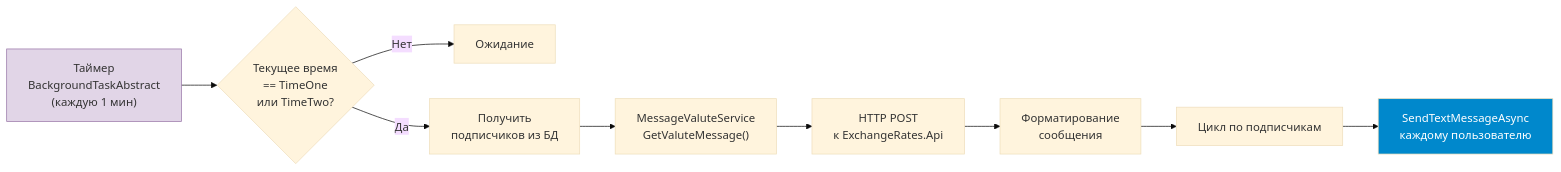
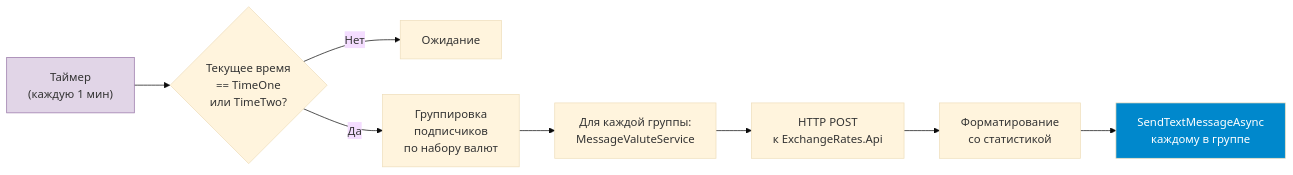
Before and after one commit to Jenausmax/ExchangeRates.Api: diagram 13 of 20 in doc/architecture.md, drawn with Mermaid (base theme). The commit also changed other lines of this file and 2 other files, not shown here.

````diff
--- a/doc/architecture.md
+++ b/doc/architecture.md
@@ -480,14 +673,13 @@
 ```mermaid
 flowchart LR
-    A["Таймер<br/>BackgroundTaskAbstract<br/>(каждую 1 мин)"] --> B{"Текущее время<br/>== TimeOne<br/>или TimeTwo?"}
+    A["Таймер<br/>(каждую 1 мин)"] --> B{"Текущее время<br/>== TimeOne<br/>или TimeTwo?"}
     B -->|"Нет"| C["Ожидание"]
-    B -->|"Да"| D["Получить<br/>подписчиков из БД"]
-    D --> E["MessageValuteService<br/>GetValuteMessage()"]
+    B -->|"Да"| D["Группировка<br/>подписчиков<br/>по набору валют"]
+    D --> E["Для каждой группы:<br/>MessageValuteService"]
     E --> F["HTTP POST<br/>к ExchangeRates.Api"]
-    F --> G["Форматирование<br/>сообщения"]
-    G --> H["Цикл по подписчикам"]
-    H --> I["SendTextMessageAsync<br/>каждому пользователю"]
+    F --> G["Форматирование<br/>со статистикой"]
+    G --> H["SendTextMessageAsync<br/>каждому в группе"]
 
     style A fill:#e1d5e7,stroke:#9673a6
-    style I fill:#0088cc,color:#fff
+    style H fill:#0088cc,color:#fff
 ```
````
